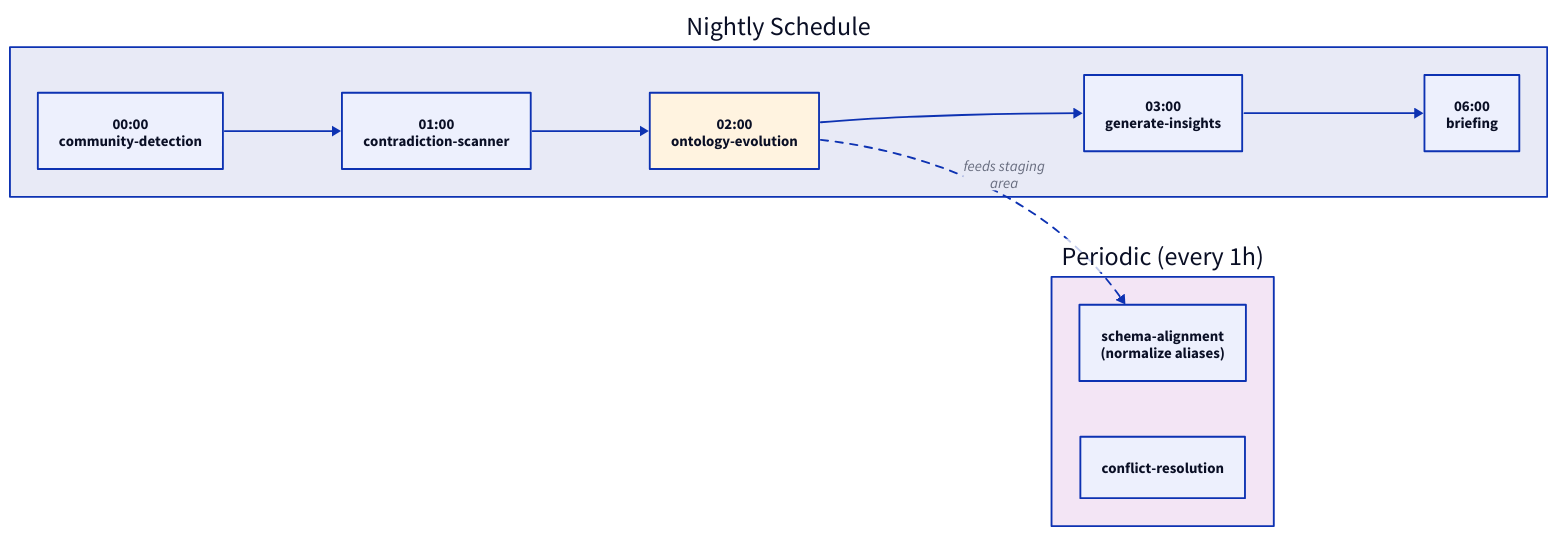
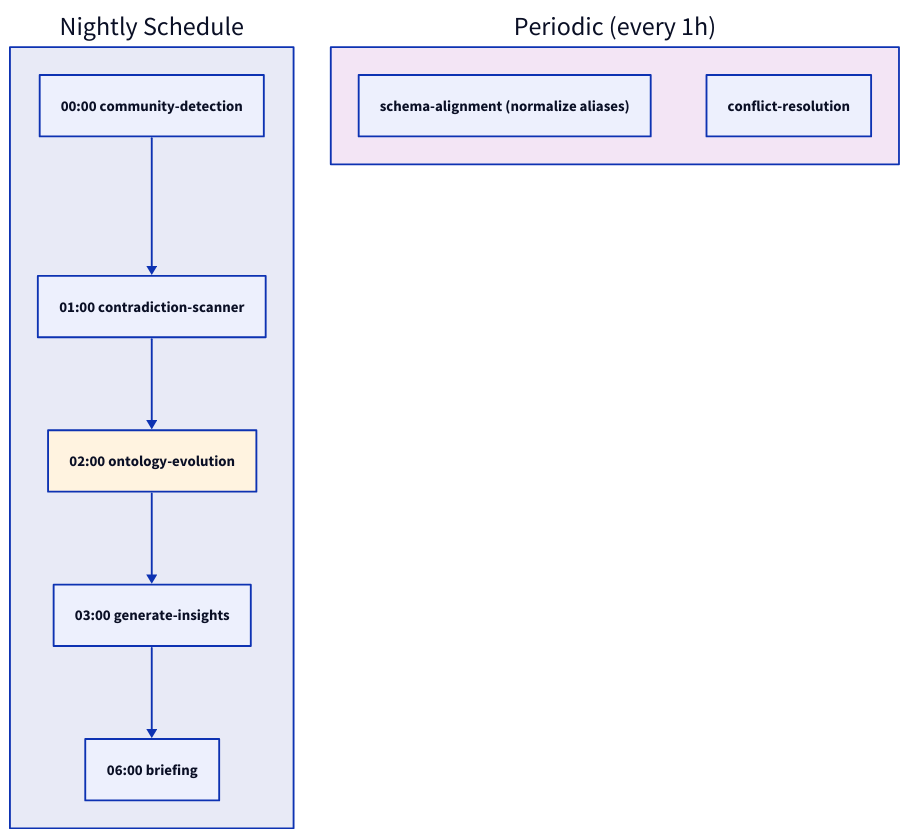
The fifth of 5 diagrams in docs/design/living-ontology.md (brucemckayone/knowledge-memory-system), drawn with D2 before and after one commit. The commit also changed other lines of this file and 1 other file, not shown here.

Commit message:
fix: D2 diagram syntax — remove cross-container edges
D2 doesn't support edges between elements in different containers.
Flattened nested structures and removed cross-board references.

````diff
--- a/docs/design/living-ontology.md
+++ b/docs/design/living-ontology.md
@@ -385,22 +379,20 @@
 ```d2
-direction: right
+direction: down
 
 nightly: "Nightly Schedule" {
   style.fill: "#e8eaf6"
-  t00: "00:00\ncommunity-detection"
-  t01: "01:00\ncontradiction-scanner"
-  t02: "02:00\nontology-evolution" {style.fill: "#fff3e0"; style.bold: true}
-  t03: "03:00\ngenerate-insights"
-  t06: "06:00\nbriefing"
+  t00: "00:00 community-detection"
+  t01: "01:00 contradiction-scanner"
+  t02: "02:00 ontology-evolution" {style.fill: "#fff3e0"; style.bold: true}
+  t03: "03:00 generate-insights"
+  t06: "06:00 briefing"
 
   t00 -> t01 -> t02 -> t03 -> t06
 }
 
 periodic: "Periodic (every 1h)" {
   style.fill: "#f3e5f5"
-  sa: "schema-alignment\n(normalize aliases)"
+  sa: "schema-alignment (normalize aliases)"
   cr: "conflict-resolution"
 }
-
-nightly.t02 -> periodic.sa: "feeds staging\narea" {style.stroke-dash: 4}
 ```
````
